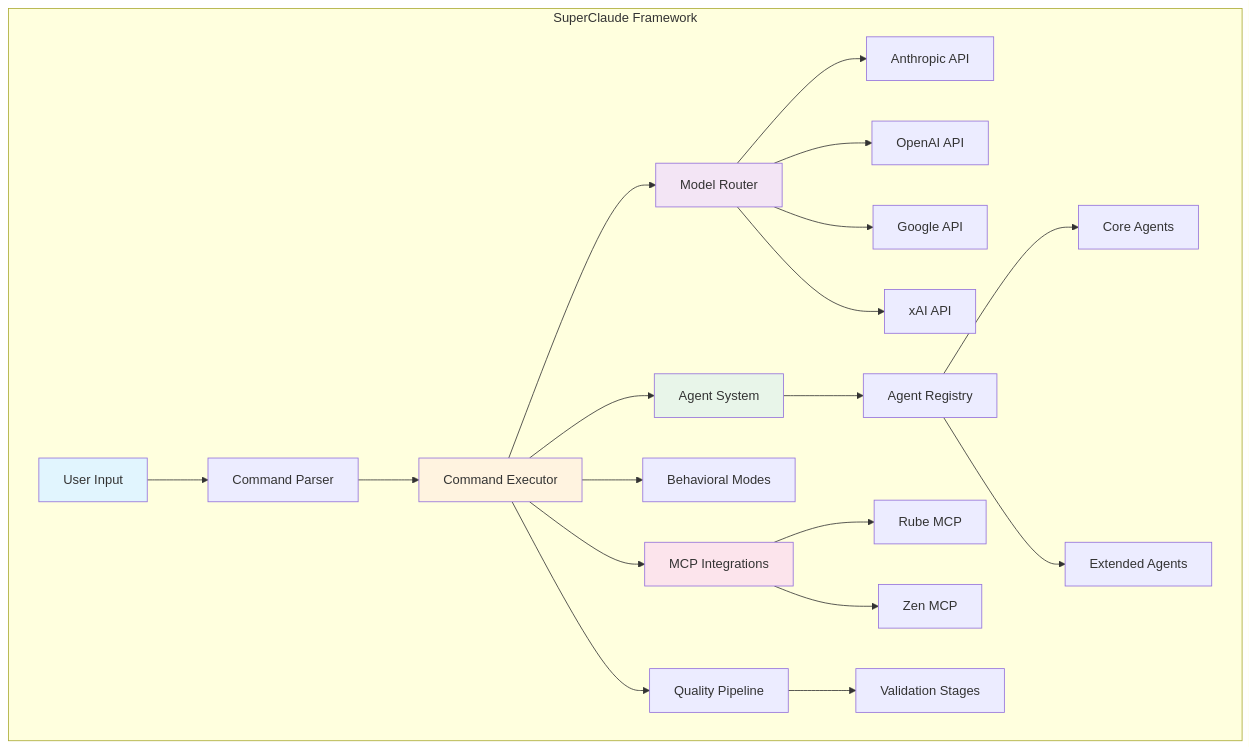
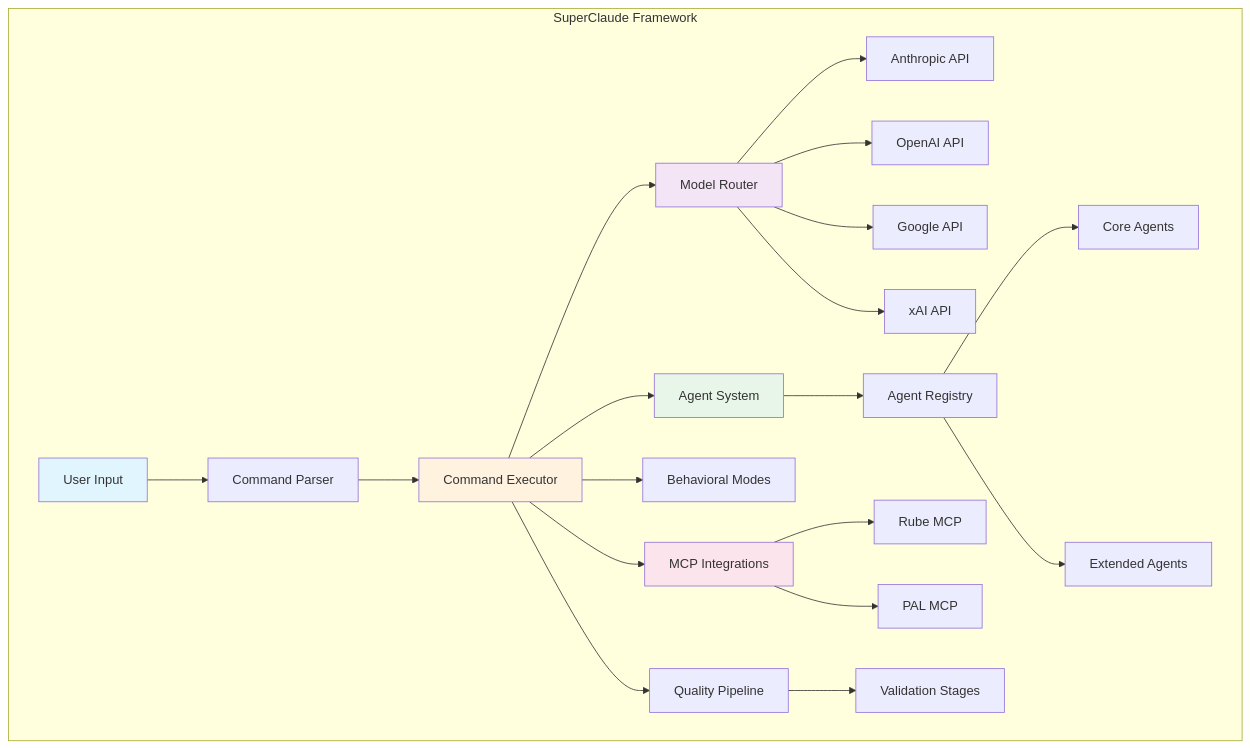
Before and after one commit to Tony363/SuperClaude: the first of 16 diagrams in README.md, drawn with Mermaid. The commit also changed other lines of this file and 28 other files, not shown here.

````diff
--- a/README.md
+++ b/README.md
@@ -40,33 +40,33 @@
 ```mermaid
 graph TB
     subgraph "SuperClaude Framework"
         User[User Input] --> Parser[Command Parser]
         Parser --> Executor[Command Executor]
 
         Executor --> Router[Model Router]
         Executor --> Agents[Agent System]
         Executor --> Modes[Behavioral Modes]
 
         Router --> Anthropic[Anthropic API]
         Router --> OpenAI[OpenAI API]
         Router --> Google[Google API]
         Router --> xAI[xAI API]
 
         Agents --> Registry[Agent Registry]
         Registry --> CoreAgents[Core Agents]
         Registry --> ExtendedAgents[Extended Agents]
 
         Executor --> MCP[MCP Integrations]
         MCP --> Rube[Rube MCP]
-        MCP --> Zen[Zen MCP]
+        MCP --> PAL[PAL MCP]
 
         Executor --> Quality[Quality Pipeline]
         Quality --> Validation[Validation Stages]
     end
 
     style User fill:#e1f5fe
     style Executor fill:#fff3e0
     style Router fill:#f3e5f5
     style Agents fill:#e8f5e9
     style MCP fill:#fce4ec
 ```
````
